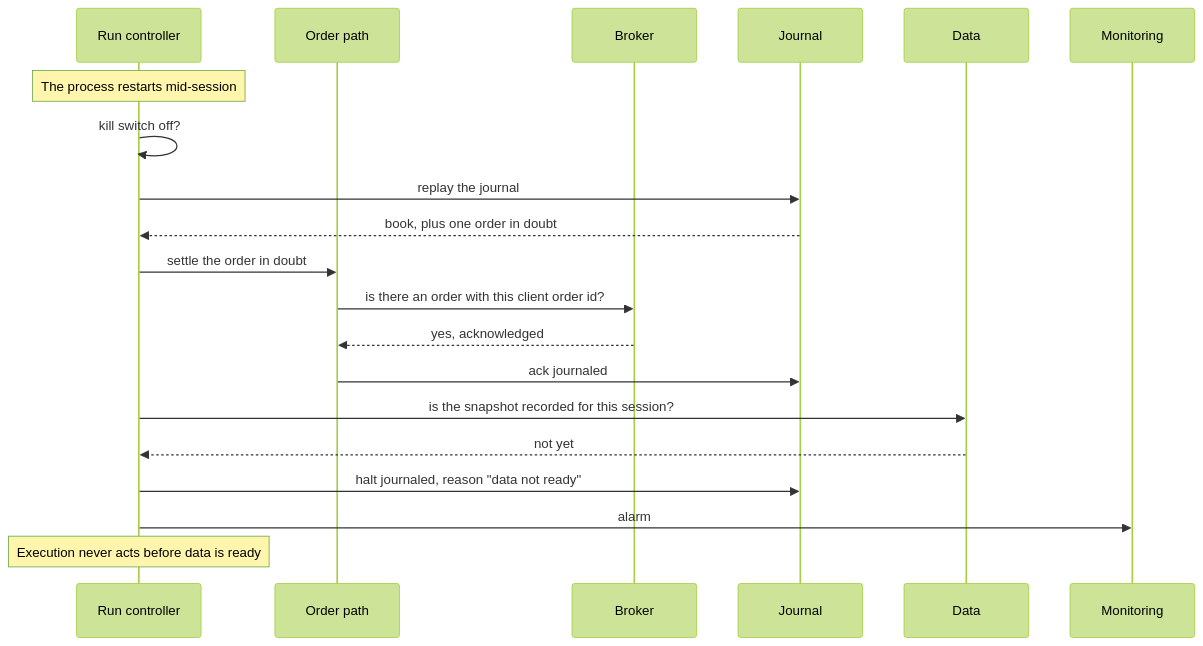
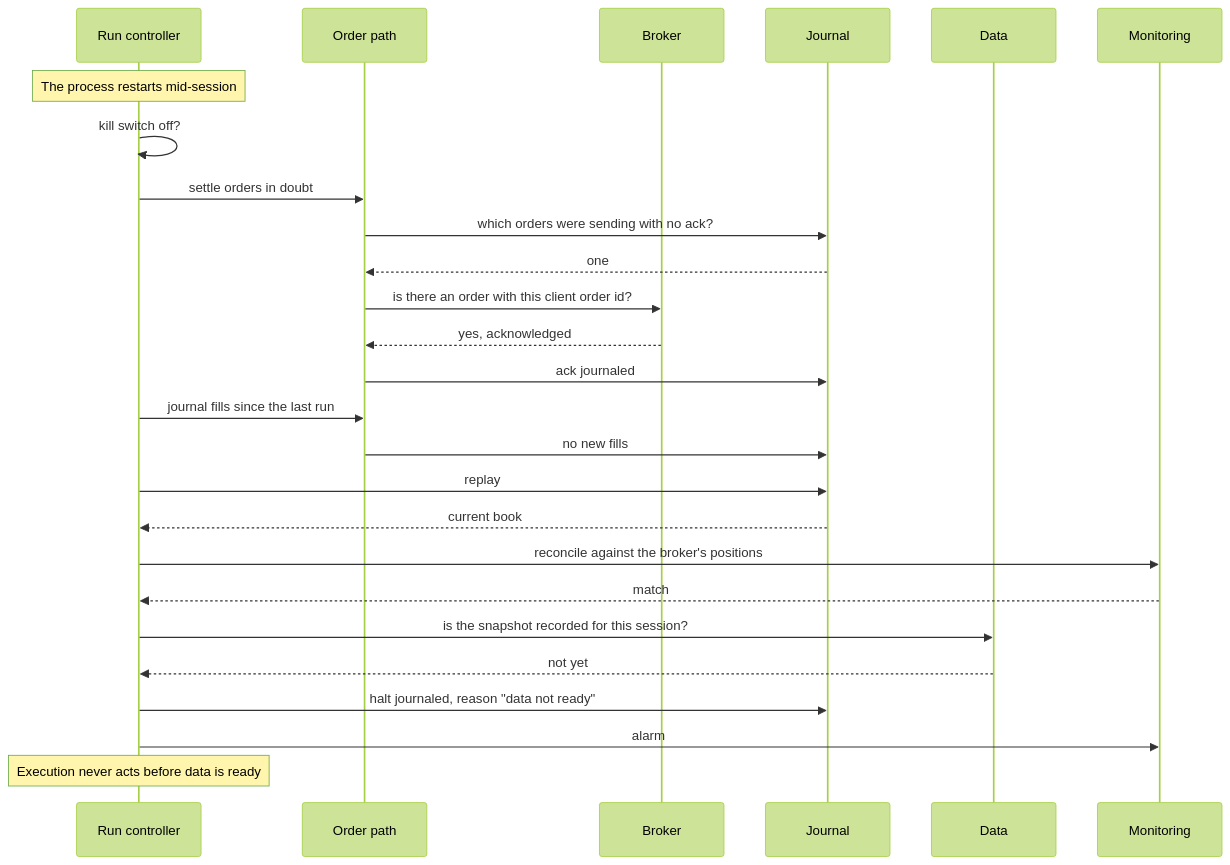
The sixth of 16 diagrams in docs/architecture.md (l3a0/ithildin-runtime), drawn with Mermaid (forest theme) before and after one commit. The commit also changed other lines of this file, not shown here.

First line of the commit message:
docs(architecture): fix what the second review round found

````diff
--- a/docs/architecture.md
+++ b/docs/architecture.md
@@ -448,23 +458,29 @@
 ```mermaid
 sequenceDiagram
     participant R as Run controller
     participant X as Order path
     participant B as Broker
     participant J as Journal
     participant D as Data
     participant M as Monitoring
 
     Note over R: The process restarts mid-session
     R->>R: kill switch off?
-    R->>J: replay the journal
-    J-->>R: book, plus one order in doubt
-    R->>X: settle the order in doubt
+    R->>X: settle orders in doubt
+    X->>J: which orders were sending with no ack?
+    J-->>X: one
     X->>B: is there an order with this client order id?
     B-->>X: yes, acknowledged
     X->>J: ack journaled
+    R->>X: journal fills since the last run
+    X->>J: no new fills
+    R->>J: replay
+    J-->>R: current book
+    R->>M: reconcile against the broker's positions
+    M-->>R: match
     R->>D: is the snapshot recorded for this session?
     D-->>R: not yet
     R->>J: halt journaled, reason "data not ready"
     R->>M: alarm
     Note over R: Execution never acts before data is ready
 ```
````
